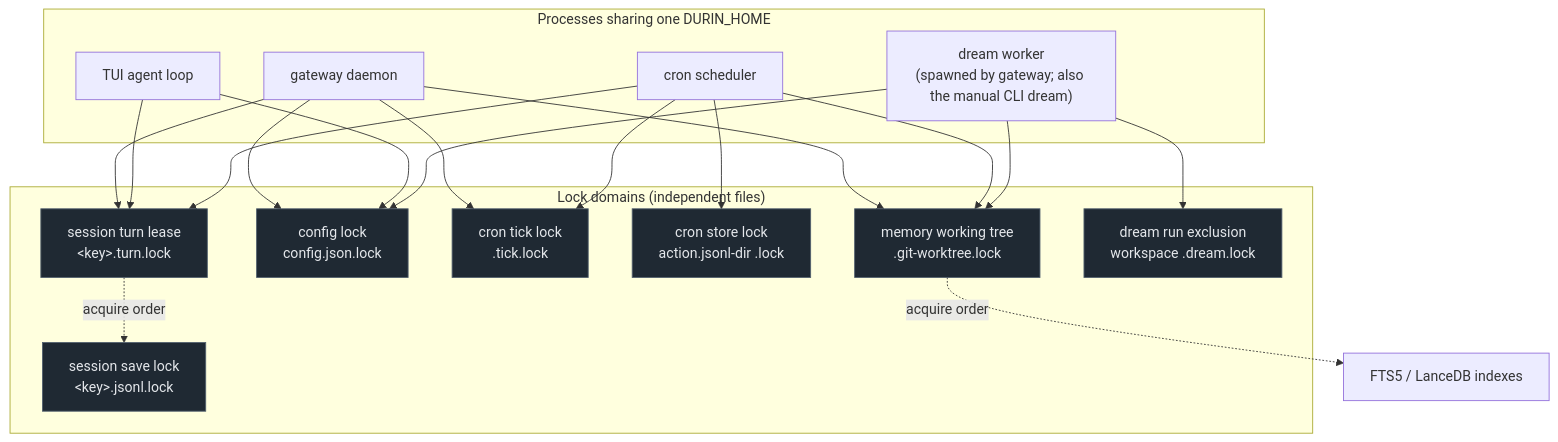
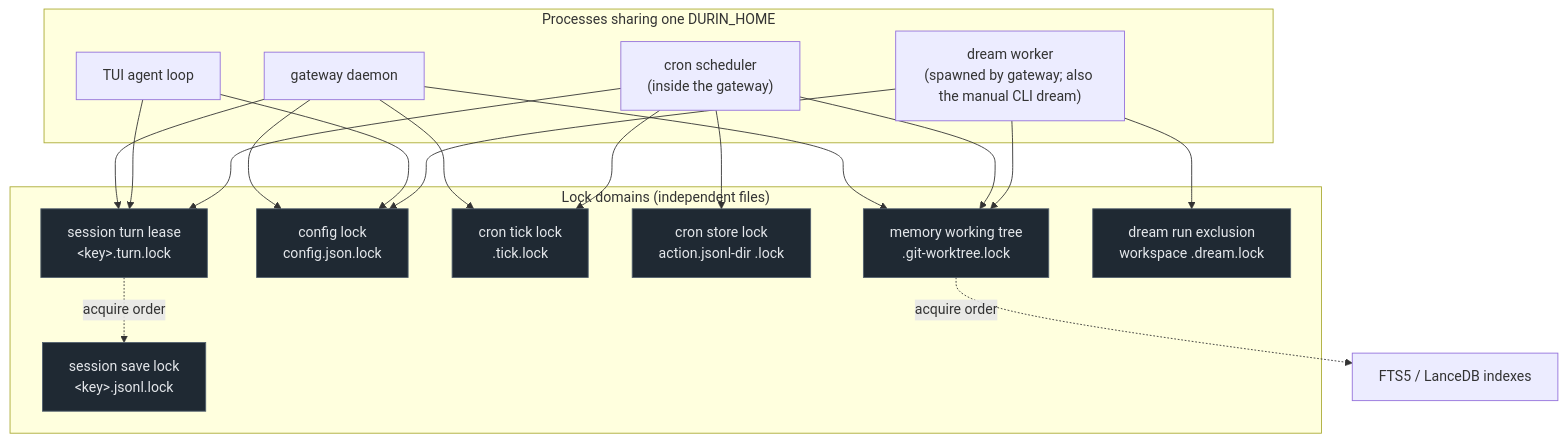
Before and after one commit to mmarmol/durin: the diagram in docs/internals/concurrency.md, drawn with Mermaid. The commit also changed other lines of this file and 38 other files, not shown here.

````diff
--- a/docs/internals/concurrency.md
+++ b/docs/internals/concurrency.md
@@ -141,39 +142,39 @@
 ```mermaid
 flowchart TB
     subgraph procs["Processes sharing one DURIN_HOME"]
         GW["gateway daemon"]
         TUI["TUI agent loop"]
-        CRON["cron scheduler"]
+        CRON["cron scheduler<br/>(inside the gateway)"]
         DW["dream worker<br/>(spawned by gateway; also the manual CLI dream)"]
     end
 
     subgraph domains["Lock domains (independent files)"]
         TURN["session turn lease<br/>&lt;key&gt;.turn.lock"]
         SAVE["session save lock<br/>&lt;key&gt;.jsonl.lock"]
         CFG["config lock<br/>config.json.lock"]
         TICK["cron tick lock<br/>.tick.lock"]
         CACTION["cron store lock<br/>action.jsonl-dir .lock"]
         GWT["memory working tree<br/>.git-worktree.lock"]
         DREAM["dream run exclusion<br/>workspace .dream.lock"]
     end
 
     GW --> TURN
     GW --> CFG
     GW --> TICK
     GW --> GWT
     TUI --> TURN
     TUI --> CFG
     CRON --> TURN
     CRON --> TICK
     CRON --> CACTION
     CRON --> GWT
     DW --> DREAM
     DW --> GWT
     DW --> CFG
 
     TURN -.acquire order.-> SAVE
     GWT -.acquire order.-> FTS["FTS5 / LanceDB indexes"]
 
     classDef dom fill:#1f2933,stroke:#52606d,color:#e4e7eb;
     class TURN,SAVE,CFG,TICK,CACTION,GWT,DREAM dom;
 ```
````
